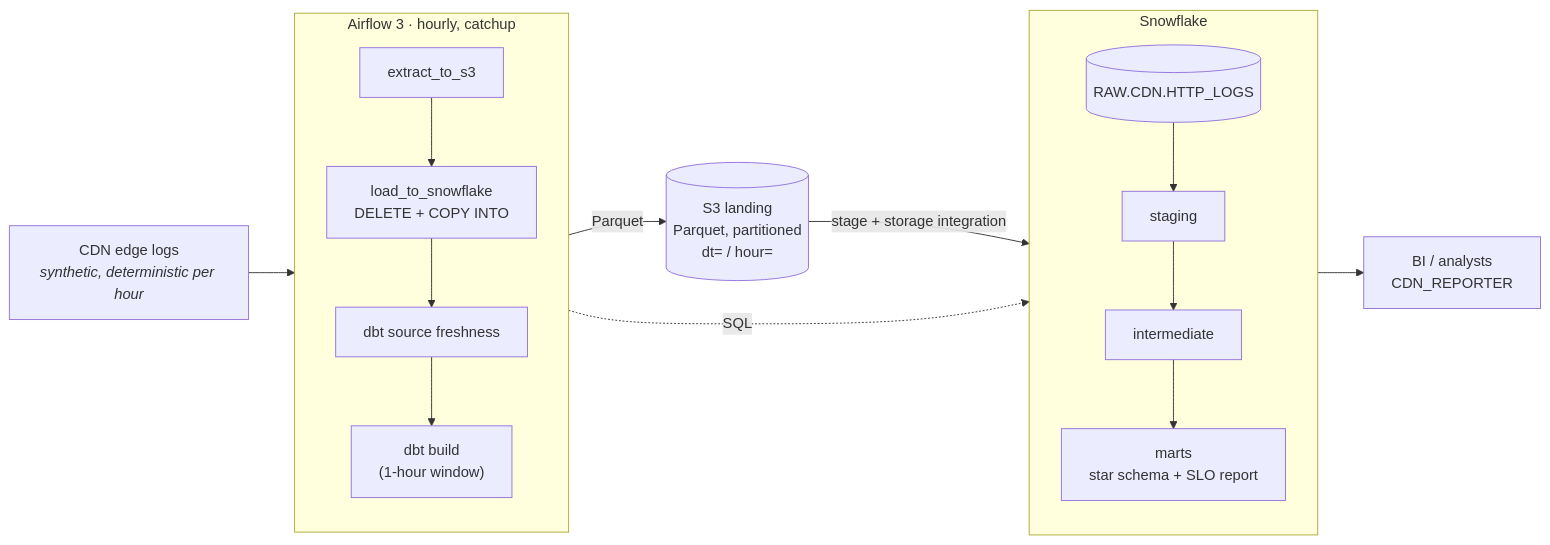
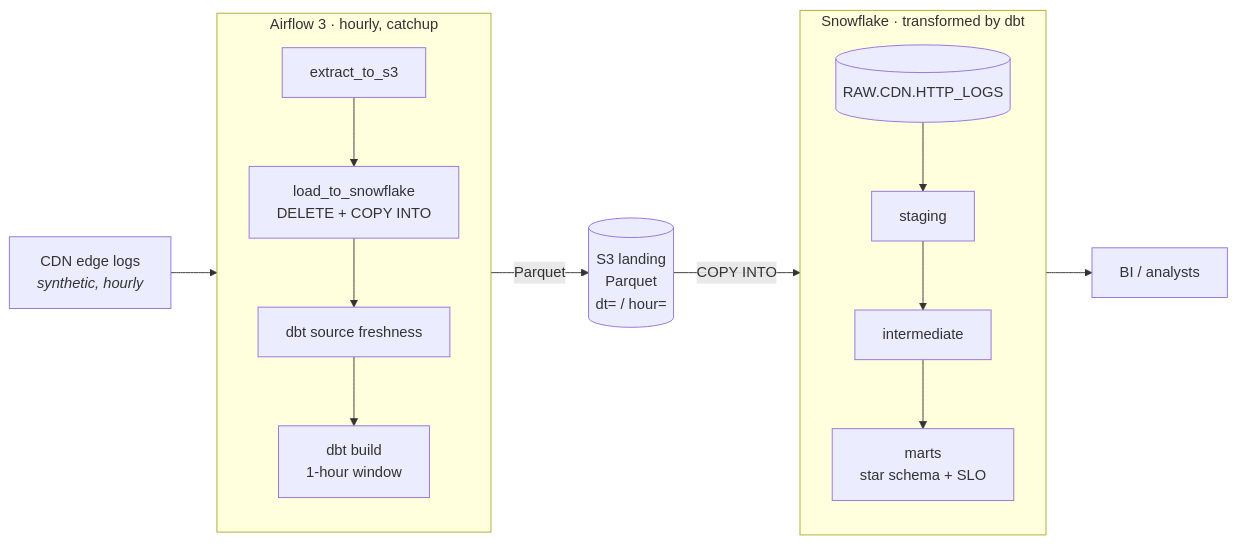
The first of 2 diagrams in README.md (Djewiet/cdn-elt-snowflake), drawn with Mermaid before and after one commit.

Commit message:
Docs: link Mermaid subgraphs so GitHub keeps their vertical layout

````diff
--- a/README.md
+++ b/README.md
@@ -15,25 +15,24 @@
 ```mermaid
 flowchart LR
-    GEN["CDN edge logs<br/><i>synthetic, deterministic per hour</i>"]
+    GEN["CDN edge logs<br/><i>synthetic, hourly</i>"]
 
     subgraph AF["Airflow 3 · hourly, catchup"]
         direction TB
         E["extract_to_s3"] --> L["load_to_snowflake<br/>DELETE + COPY INTO"]
-        L --> F["dbt source freshness"] --> B["dbt build<br/>(1-hour window)"]
+        L --> F["dbt source freshness"] --> B["dbt build<br/>1-hour window"]
     end
 
-    S3[("S3 landing<br/>Parquet, partitioned<br/>dt= / hour=")]
+    S3[("S3 landing<br/>Parquet<br/>dt= / hour=")]
 
-    subgraph SF["Snowflake"]
+    subgraph SF["Snowflake · transformed by dbt"]
         direction TB
-        RAW[("RAW.CDN.HTTP_LOGS")] --> STG["staging"] --> INT["intermediate"] --> M["marts<br/>star schema + SLO report"]
+        RAW[("RAW.CDN.HTTP_LOGS")] --> STG["staging"] --> INT["intermediate"] --> M["marts<br/>star schema + SLO"]
     end
 
-    BI["BI / analysts<br/>CDN_REPORTER"]
+    BI["BI / analysts"]
 
-    GEN --> E
-    E -- Parquet --> S3
-    S3 -- "stage + storage integration" --> RAW
-    B -. "SQL" .-> STG
-    M --> BI
+    GEN --> AF
+    AF -- "Parquet" --> S3
+    S3 -- "COPY INTO" --> SF
+    SF --> BI
 ```
````
